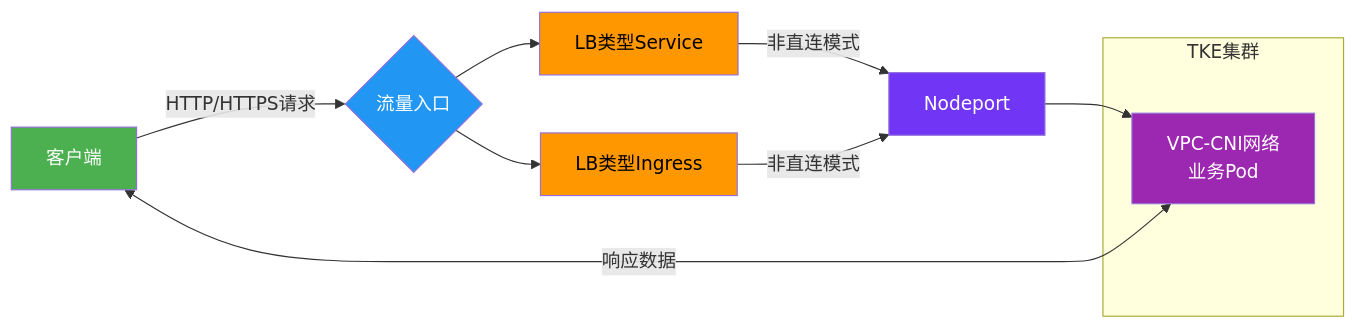
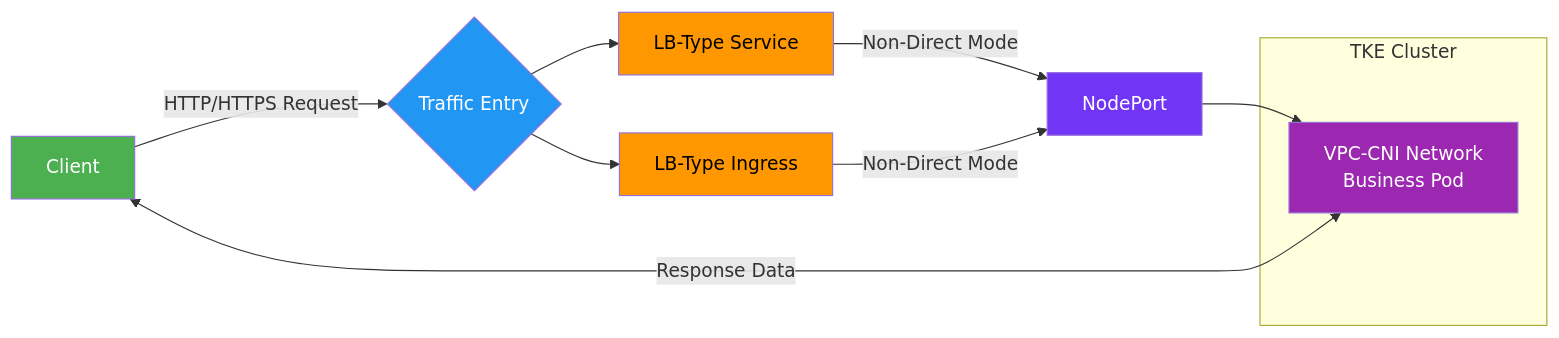
The diagram in client-ip/client-ip-main/eni-clb-non-direct-pod/README.md (kestrelli/client-ip), drawn with Mermaid before and after one commit. The commit also changed other lines of this file, not shown here.

````diff
--- a/client-ip/client-ip-main/eni-clb-non-direct-pod/README.md
+++ b/client-ip/client-ip-main/eni-clb-non-direct-pod/README.md
@@ -21,23 +21,19 @@
 ```mermaid
-graph LR
-    
-    A[客户端] -->|HTTP/HTTPS请求| B{流量入口}
-    B --> C[LB类型Service]
-    B --> D[LB类型Ingress]
-    
-    C -->|非直连模式| E[Nodeport]
-    D -->|非直连模式| E[Nodeport]
-    E -->F[业务Pod]
-    subgraph TKE集群
-        F[VPC-CNI网络<br>业务Pod]
+graph LR    
+    A[Client] -->|HTTP/HTTPS Request| B{Traffic Entry}
+    B --> C[LB-Type Service]
+    B --> D[LB-Type Ingress]
+    C -->|Non-Direct Mode| E[NodePort]
+    D -->|Non-Direct Mode| E[NodePort]
+    E --> F[Business Pod]
+    subgraph TKE Cluster
+        F[VPC-CNI Network<br>Business Pod]
     end
-    
-     A <--> |响应数据| F
-    
+    A <--> |Response Data| F
     style A fill:#4CAF50,color:white
     style B fill:#2196F3,color:white
     style C fill:#FF9800,color:black
     style D fill:#FF9800,color:black
     style E fill:#7136F5,color:white
     style F fill:#9C27B0,color:white
 ```
````
